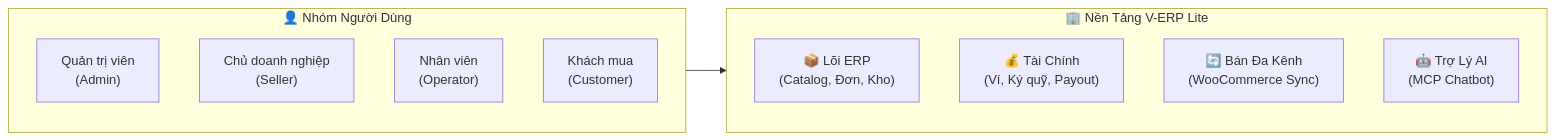
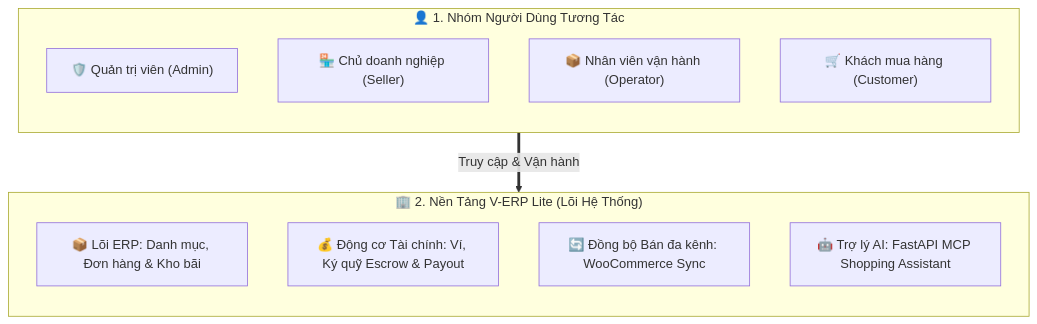
One commit to nhimtjofc/v-erp-lite changed the first of 14 diagrams in docs/ARCHITECTURE_ARC42.md. Above: the diagram before and after it, drawn with Mermaid. The commit also changed other lines of this file, not shown here.

````diff
--- a/docs/ARCHITECTURE_ARC42.md
+++ b/docs/ARCHITECTURE_ARC42.md
@@ -41,18 +41,20 @@
 ```mermaid
-flowchart LR
-    subgraph Users ["👤 Nhóm Người Dùng"]
-        Admin["Quản trị viên<br>(Admin)"]
-        Owner["Chủ doanh nghiệp<br>(Seller)"]
-        Operator["Nhân viên<br>(Operator)"]
-        Buyer["Khách mua<br>(Customer)"]
+flowchart TB
+    subgraph Users ["👤 1. Nhóm Người Dùng Tương Tác"]
+        direction TB
+        Admin["🛡️ Quản trị viên (Admin)"]
+        Owner["🏪 Chủ doanh nghiệp (Seller)"]
+        Operator["📦 Nhân viên vận hành (Operator)"]
+        Buyer["🛒 Khách mua hàng (Customer)"]
     end
 
-    subgraph Platform ["🏢 Nền Tảng V-ERP Lite"]
-        CoreERP["📦 Lõi ERP<br>(Catalog, Đơn, Kho)"]
-        FinEngine["💰 Tài Chính<br>(Ví, Ký quỹ, Payout)"]
-        OmniSync["🔄 Bán Đa Kênh<br>(WooCommerce Sync)"]
-        AIAssistant["🤖 Trợ Lý AI<br>(MCP Chatbot)"]
+    subgraph Platform ["🏢 2. Nền Tảng V-ERP Lite (Lõi Hệ Thống)"]
+        direction TB
+        CoreERP["📦 Lõi ERP: Danh mục, Đơn hàng & Kho bãi"]
+        FinEngine["💰 Động cơ Tài chính: Ví, Ký quỹ Escrow & Payout"]
+        OmniSync["🔄 Đồng bộ Bán đa kênh: WooCommerce Sync"]
+        AIAssistant["🤖 Trợ lý AI: FastAPI MCP Shopping Assistant"]
     end
 
-    Users --> Platform
+    Users ==>|"Truy cập & Vận hành"| Platform
 ```
````
